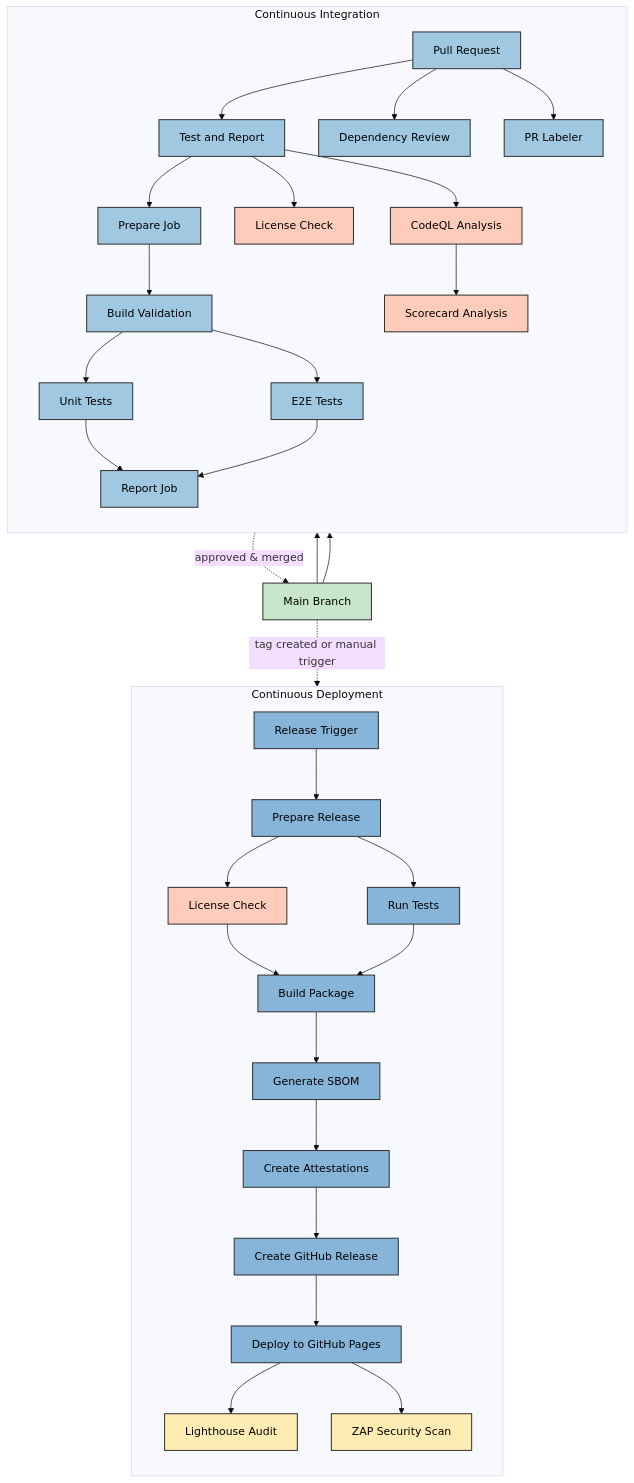
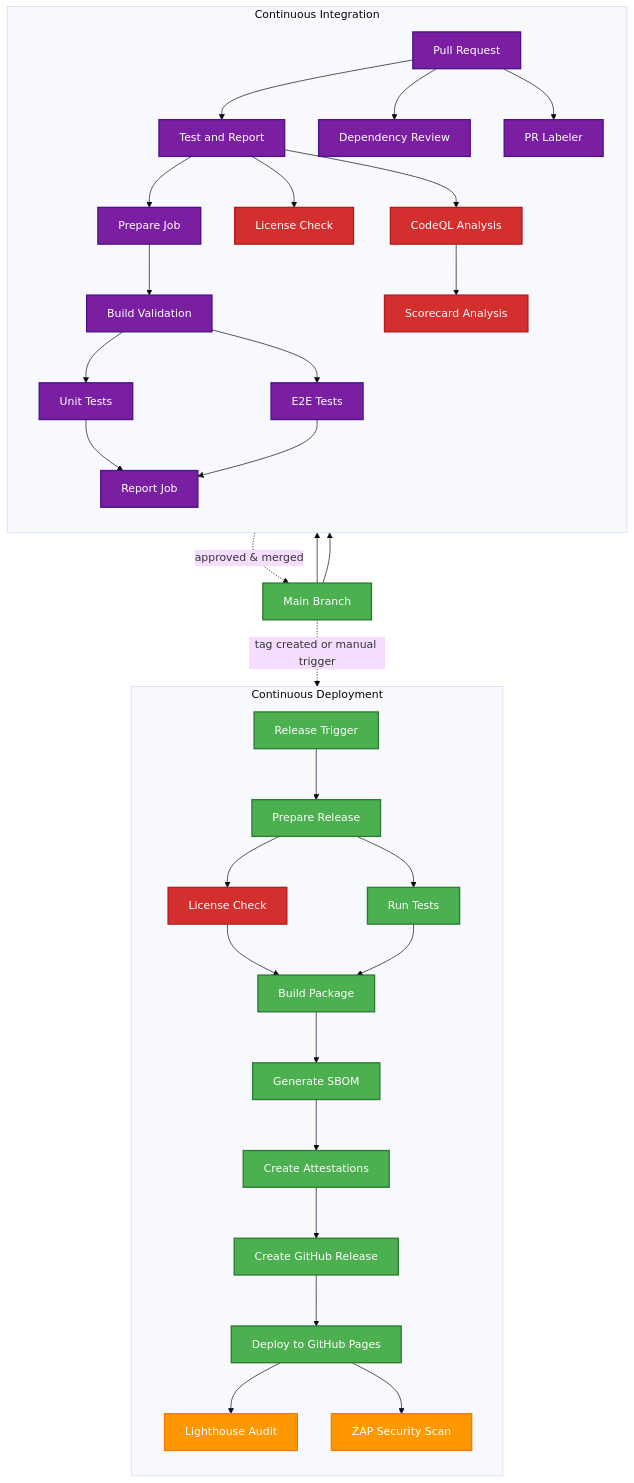
One commit to step-security-bot/cia-compliance-manager changed the fifth of 13 diagrams in docs/architecture/WORKFLOWS.md. Above: the diagram before and after it, drawn with Mermaid (base theme). The commit also changed other lines of this file and 27 other files, not shown here.

First line of the commit message:
fix: resolve broken mermaid diagrams and improve color coding to match ISMS style guide (#1106)

````diff
--- a/docs/architecture/WORKFLOWS.md
+++ b/docs/architecture/WORKFLOWS.md
@@ -476,52 +476,52 @@
 ```mermaid
 flowchart TB
     subgraph "Continuous Integration"
         direction TB
         PR[Pull Request] --> TestReport[Test and Report]
         PR --> DependencyReview[Dependency Review]
         PR --> Labeler[PR Labeler]
         TestReport --> PrepareJob[Prepare Job]
         PrepareJob --> BuildValidation[Build Validation]
         BuildValidation --> UnitTests[Unit Tests]
         BuildValidation --> E2ETests[E2E Tests]
         UnitTests --> ReportJob[Report Job]
         E2ETests --> ReportJob
         TestReport --> LicenseCheck[License Check]
         TestReport --> CodeQL[CodeQL Analysis]
         CodeQL --> Scorecard[Scorecard Analysis]
     end
 
     subgraph "Continuous Deployment"
         direction TB
         Release[Release Trigger] --> PrepareRelease[Prepare Release]
         PrepareRelease --> LicenseCheck2[License Check]
         PrepareRelease --> TestsRelease[Run Tests]
         LicenseCheck2 --> BuildRelease[Build Package]
         TestsRelease --> BuildRelease
         BuildRelease --> GenerateSBOM[Generate SBOM]
         GenerateSBOM --> Attestations[Create Attestations]
         Attestations --> CreateRelease[Create GitHub Release]
         CreateRelease --> DeployGHPages[Deploy to GitHub Pages]
         DeployGHPages --> Lighthouse[Lighthouse Audit]
         DeployGHPages --> ZAPScan[ZAP Security Scan]
     end
 
     PR -.-> |"approved & merged"| main[Main Branch]
     main --> Scorecard
     main --> CodeQL
     main -.-> |"tag created or manual trigger"| Release
 
     %% Enhanced color styling
-    classDef integration fill:#a0c8e0,stroke:#333,stroke-width:1.5px,color:black
-    classDef deployment fill:#86b5d9,stroke:#333,stroke-width:1.5px,color:black
-    classDef process fill:#c8e6c9,stroke:#333,stroke-width:1.5px,color:black
-    classDef trigger fill:#bbdefb,stroke:#333,stroke-width:1.5px,color:black
-    classDef security fill:#ffccbc,stroke:#333,stroke-width:1.5px,color:black
-    classDef audit fill:#ffecb3,stroke:#333,stroke-width:1.5px,color:black
+    classDef integration fill:#7B1FA2,stroke:#4A148C,stroke-width:2px,color:#ffffff
+    classDef deployment fill:#4CAF50,stroke:#2E7D32,stroke-width:2px,color:#ffffff
+    classDef process fill:#4CAF50,stroke:#2E7D32,stroke-width:2px,color:#ffffff
+    classDef trigger fill:#2196F3,stroke:#1565C0,stroke-width:2px,color:#ffffff
+    classDef security fill:#D32F2F,stroke:#B71C1C,stroke-width:2px,color:#ffffff
+    classDef audit fill:#FF9800,stroke:#F57C00,stroke-width:2px,color:#ffffff
 
     class PR,TestReport,DependencyReview,Labeler,PrepareJob,BuildValidation,UnitTests,E2ETests,ReportJob integration
     class CodeQL,Scorecard,LicenseCheck,LicenseCheck2 security
     class Release,PrepareRelease,BuildRelease,CreateRelease,DeployGHPages,GenerateSBOM,Attestations,TestsRelease deployment
     class Lighthouse,ZAPScan audit
     class main process
 ```
````
